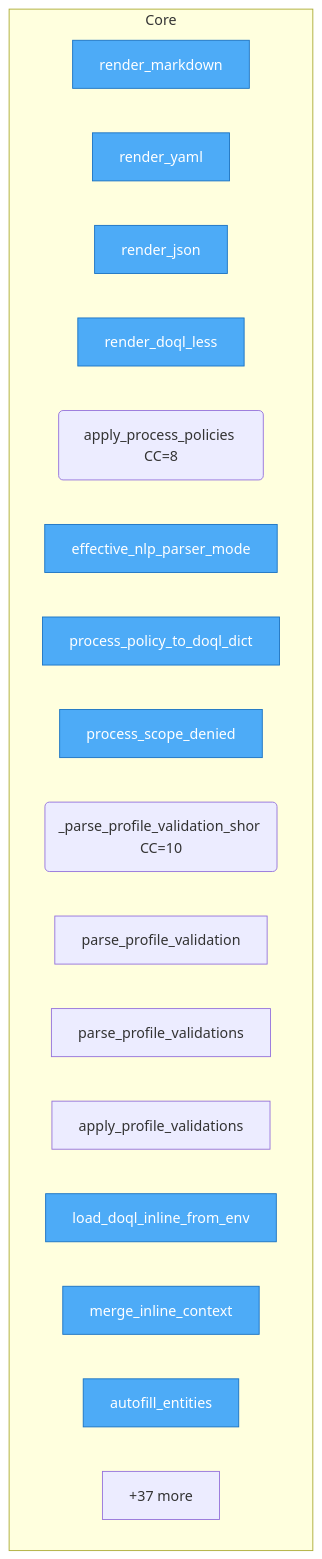
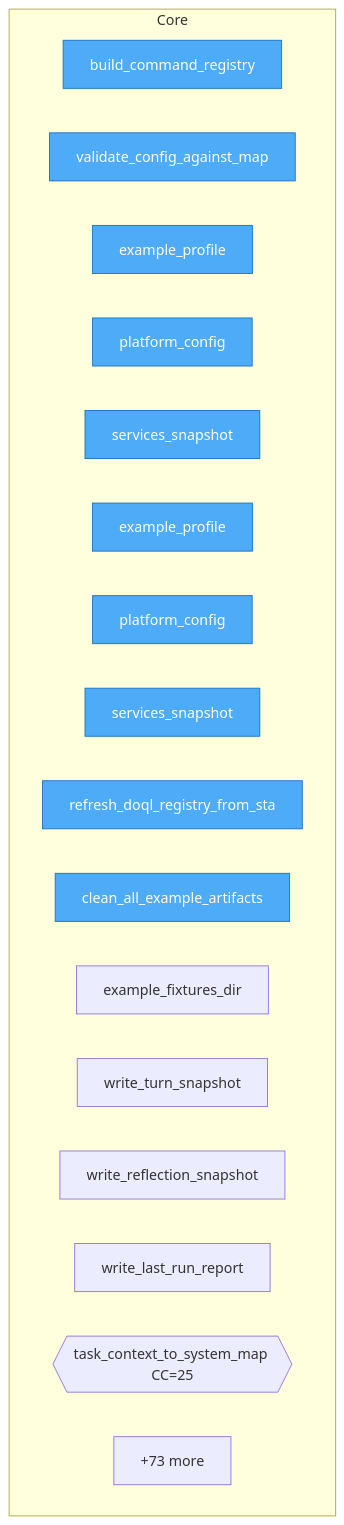
One commit to autogrammar/env2llm changed the diagram in project/flow.mmd. Above: the diagram before and after it, drawn with Mermaid. The commit also changed 64 other files, not shown here.

```diff
--- a/project/flow.mmd
+++ b/project/flow.mmd
@@ -1,26 +1,26 @@
 flowchart TD
-%% generated in 0.01s
+%% generated in 0.03s
 
     %% Entry points (blue)
     classDef entry fill:#4dabf7,stroke:#1971c2,color:#fff
 
     subgraph Core
-        src__env2llm__formats__markdown__render_markdown["render_markdown"]
-        src__env2llm__formats__yaml_fmt__render_yaml["render_yaml"]
-        src__env2llm__formats__json_fmt__render_json["render_json"]
-        src__env2llm__formats__doql_less__render_doql_less["render_doql_less"]
-        src__env2llm__policy__process__apply_process_policies("apply_process_policies CC=8")
-        src__env2llm__policy__process__effective_nlp_parser_mode["effective_nlp_parser_mode"]
-        src__env2llm__policy__process__process_policy_to_doql_dict["process_policy_to_doql_dict"]
-        src__env2llm__policy__process__process_scope_denied["process_scope_denied"]
-        src__env2llm__policy__validations___parse_profile_validation_shorthand("_parse_profile_validation_shor CC=10")
-        src__env2llm__policy__validations__parse_profile_validation["parse_profile_validation"]
-        src__env2llm__policy__validations__parse_profile_validations["parse_profile_validations"]
-        src__env2llm__policy__validations__apply_profile_validations["apply_profile_validations"]
-        src__env2llm__doql__runtime__load_doql_inline_from_env["load_doql_inline_from_env"]
-        src__env2llm__doql__runtime__merge_inline_context["merge_inline_context"]
-        src__env2llm__doql__runtime__autofill_entities["autofill_entities"]
-        ...["+37 more"]
+        src__env2llm__system_map_models__build_command_registry["build_command_registry"]
+        src__env2llm__system_map_models__validate_config_against_map["validate_config_against_map"]
+        src__env2llm__sources__EnvironmentSources__example_profile["example_profile"]
+        src__env2llm__sources__EnvironmentSources__platform_config["platform_config"]
+        src__env2llm__sources__EnvironmentSources__services_snapshot["services_snapshot"]
+        src__env2llm__sources__DefaultEnvironmentSources__example_profile["example_profile"]
+        src__env2llm__sources__DefaultEnvironmentSources__platform_config["platform_config"]
+        src__env2llm__sources__DefaultEnvironmentSources__services_snapshot["services_snapshot"]
+        src__env2llm__registry__refresh_doql_registry_from_state["refresh_doql_registry_from_sta"]
+        src__env2llm__layout__clean_all_example_artifacts["clean_all_example_artifacts"]
+        src__env2llm__layout__example_fixtures_dir["example_fixtures_dir"]
+        src__env2llm__layout__write_turn_snapshot["write_turn_snapshot"]
+        src__env2llm__layout__write_reflection_snapshot["write_reflection_snapshot"]
+        src__env2llm__layout__write_last_run_report["write_last_run_report"]
+        src__env2llm__bridge__task_context_to_system_map{{task_context_to_system_map CC=25}}
+        ...["+73 more"]
     end
 
-    class src__env2llm__formats__markdown__render_markdown,src__env2llm__formats__yaml_fmt__render_yaml,src__env2llm__formats__json_fmt__render_json,src__env2llm__formats__doql_less__render_doql_less,src__env2llm__policy__process__effective_nlp_parser_mode,src__env2llm__policy__process__process_policy_to_doql_dict,src__env2llm__policy__process__process_scope_denied,src__env2llm__doql__runtime__load_doql_inline_from_env,src__env2llm__doql__runtime__merge_inline_context,src__env2llm__doql__runtime__autofill_entities entry
+    class src__env2llm__system_map_models__build_command_registry,src__env2llm__system_map_models__validate_config_against_map,src__env2llm__sources__EnvironmentSources__example_profile,src__env2llm__sources__EnvironmentSources__platform_config,src__env2llm__sources__EnvironmentSources__services_snapshot,src__env2llm__sources__DefaultEnvironmentSources__example_profile,src__env2llm__sources__DefaultEnvironmentSources__platform_config,src__env2llm__sources__DefaultEnvironmentSources__services_snapshot,src__env2llm__registry__refresh_doql_registry_from_state,src__env2llm__layout__clean_all_example_artifacts entry
```
